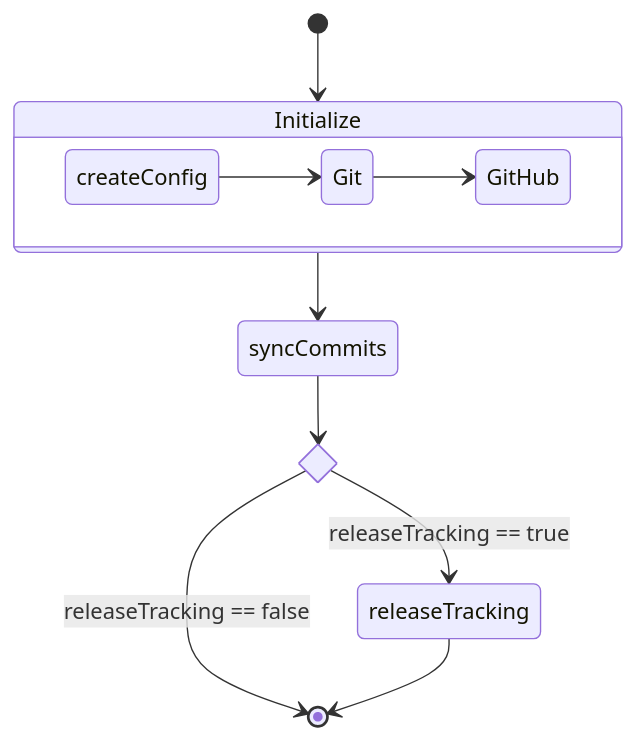
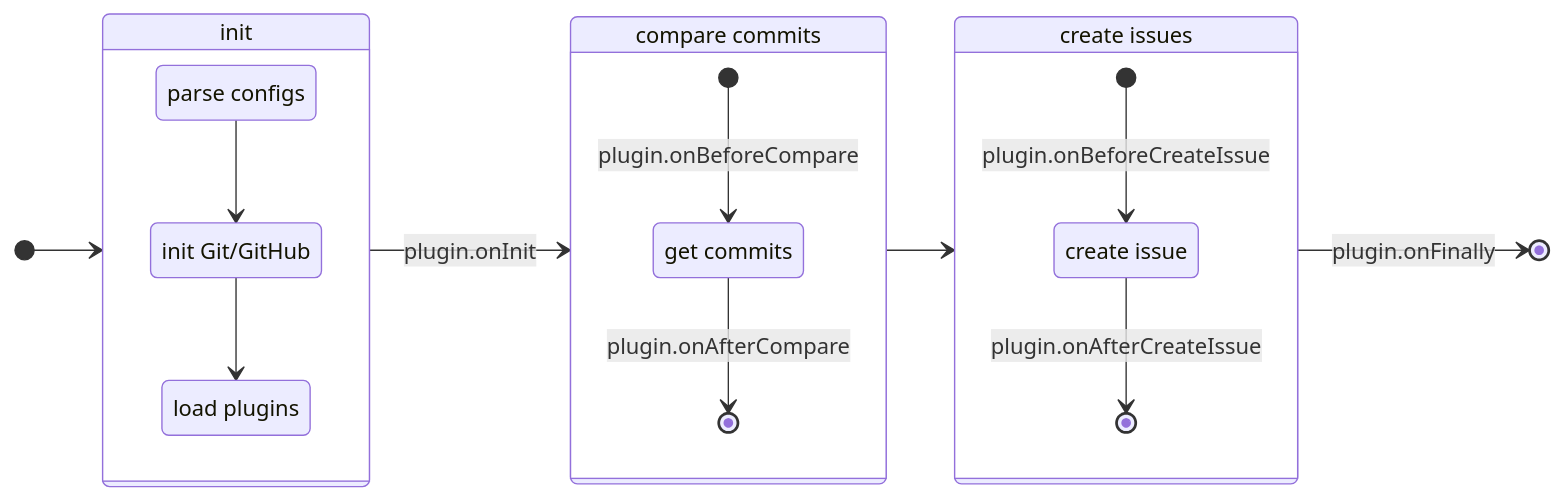
The diagram in CONTRIBUTING.md (Gumball12/yuki-no), drawn with Mermaid before and after one commit. The commit also changed other lines of this file and 119 other files, not shown here.

````diff
--- a/CONTRIBUTING.md
+++ b/CONTRIBUTING.md
@@ -134,27 +147,35 @@
 ```mermaid
 stateDiagram-v2
-  state "syncCommits" as sc
-  state "releaseTracking" as rt
+  direction LR
 
-  state Initialize {
-    direction LR
+  state "parse configs" as pc
+  state "init Git/GitHub" as initGg
+  state "load plugins" as lp
 
-    state "createConfig" as cf
-    state "Git" as g
-    state "GitHub" as gh
+  state "compare commits" as cc
+  state "create issues" as cis
 
-    cf --> g
-    g --> gh
+  [*] --> init
+  init --> cc : plugin.onInit
+  cc --> cis
+  cis --> [*] : plugin.onFinally
+
+  state init {
+    pc --> initGg
+    initGg --> lp
   }
 
-  state if_rt <<choice>>
+  state cc {
+    state "get commits" as gc
 
-  [*] --> Initialize
-  Initialize --> sc
+    [*] --> gc : plugin.onBeforeCompare
+    gc --> [*] : plugin.onAfterCompare
+  }
 
-  sc --> if_rt
-  if_rt --> [*]: releaseTracking == false
-  if_rt --> rt: releaseTracking == true
+  state cis {
+    state "create issue" as ci
 
-  rt --> [*]
+    [*] --> ci : plugin.onBeforeCreateIssue
+    ci --> [*] : plugin.onAfterCreateIssue
+  }
 ```
````
